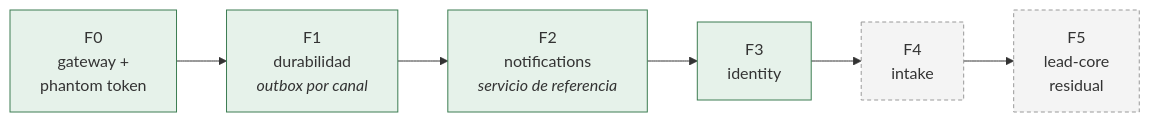
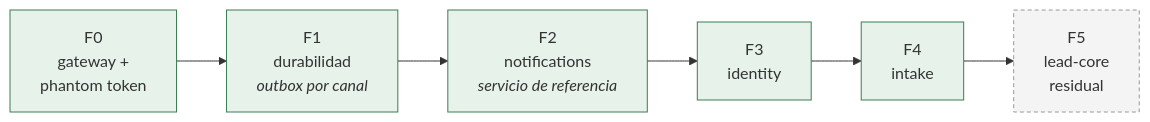
One commit to MDCIrony/leads-hexa changed the fourth of 15 diagrams in .slides-microservices/slides.md. Above: the diagram before and after it, drawn with Mermaid. The commit also changed other lines of this file, not shown here.

````diff
--- a/.slides-microservices/slides.md
+++ b/.slides-microservices/slides.md
@@ -134,12 +134,12 @@
 ```mermaid {scale: 0.62}
 flowchart LR
     F0["F0<br/>gateway +<br/>phantom token"] --> F1["F1<br/>durabilidad<br/><i>outbox por canal</i>"]
     F1 --> F2["F2<br/>notifications<br/><i>servicio de referencia</i>"]
     F2 --> F3["F3<br/>identity"]
     F3 --> F4["F4<br/>intake"]
     F4 --> F5["F5<br/>lead-core<br/>residual"]
     classDef done fill:#e6f2ea,stroke:#3c7d52
     classDef todo fill:#f4f4f4,stroke:#999,stroke-dasharray: 4 3
-    class F0,F1,F2,F3 done
-    class F4,F5 todo
+    class F0,F1,F2,F3,F4 done
+    class F5 todo
 ```
````
